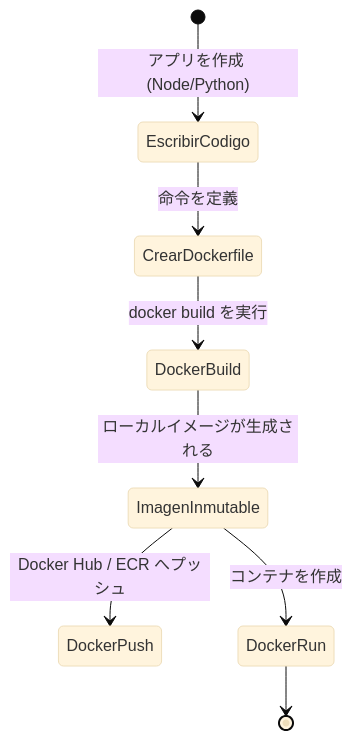
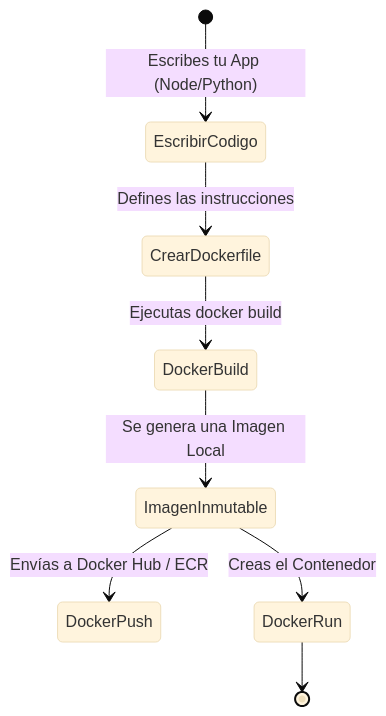
The first of 2 diagrams in public/docs/ja/docker_basico.md (gjpierp/nmergeia), drawn with Mermaid (base theme) before and after one commit. The commit also changed other lines of this file and 518 other files, not shown here.

````diff
--- a/public/docs/ja/docker_basico.md
+++ b/public/docs/ja/docker_basico.md
@@ -11,10 +11,10 @@
 ```mermaid
 stateDiagram-v2
-    [*] --> EscribirCodigo: アプリを作成 (Node/Python)
-    EscribirCodigo --> CrearDockerfile: 命令を定義
-    CrearDockerfile --> DockerBuild: docker build を実行
-    DockerBuild --> ImagenInmutable: ローカルイメージが生成される
-    ImagenInmutable --> DockerPush: Docker Hub / ECR へプッシュ
-    ImagenInmutable --> DockerRun: コンテナを作成
+    [*] --> EscribirCodigo: Escribes tu App (Node/Python)
+    EscribirCodigo --> CrearDockerfile: Defines las instrucciones
+    CrearDockerfile --> DockerBuild: Ejecutas docker build
+    DockerBuild --> ImagenInmutable: Se genera una Imagen Local
+    ImagenInmutable --> DockerPush: Envías a Docker Hub / ECR
+    ImagenInmutable --> DockerRun: Creas el Contenedor
     DockerRun --> [*]
 ```
````
